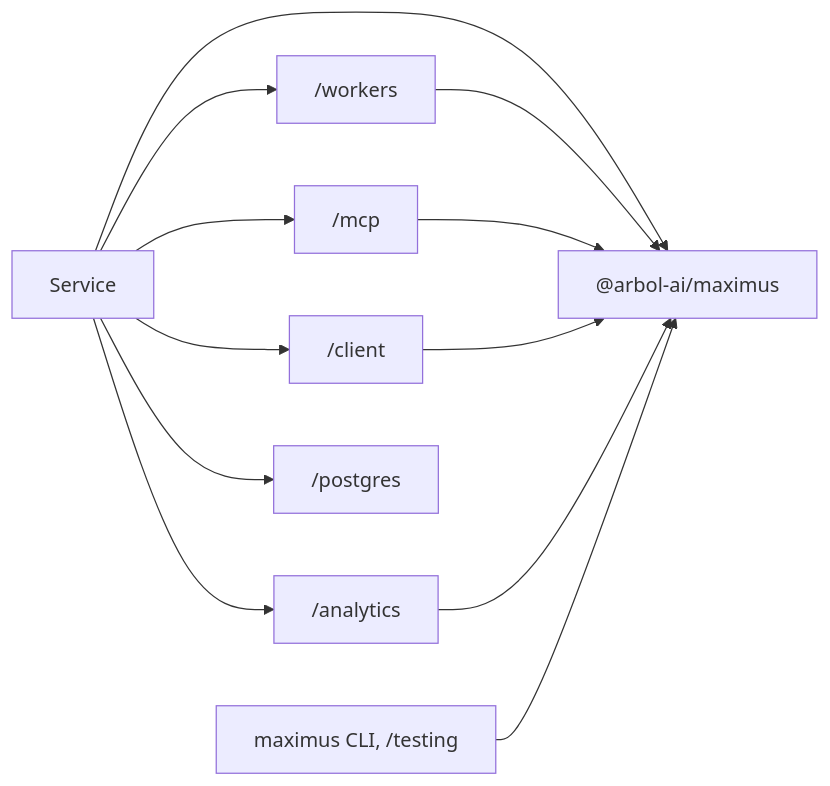
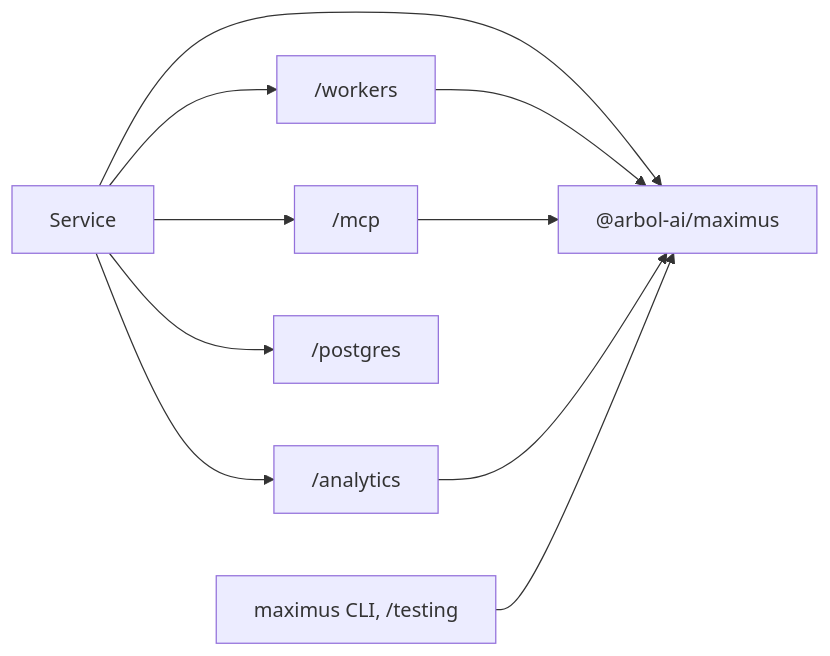
One commit to getarbol/maximus changed the diagram in docs/architecture.md. Above: the diagram before and after it, drawn with Mermaid. The commit also changed 46 other files, not shown here.

````diff
--- a/docs/architecture.md
+++ b/docs/architecture.md
@@ -30,14 +30,12 @@
 ```mermaid
 flowchart LR
   Service --> Core["@arbol-ai/maximus"]
   Service --> Workers["/workers"]
   Service --> MCP["/mcp"]
-  Service --> Client["/client"]
   Service --> Analytics["/analytics"]
   Service --> Postgres["/postgres"]
   Workers --> Core
   MCP --> Core
-  Client --> Core
   Analytics --> Core
   Tooling["maximus CLI, /testing"] --> Core
 ```
````
